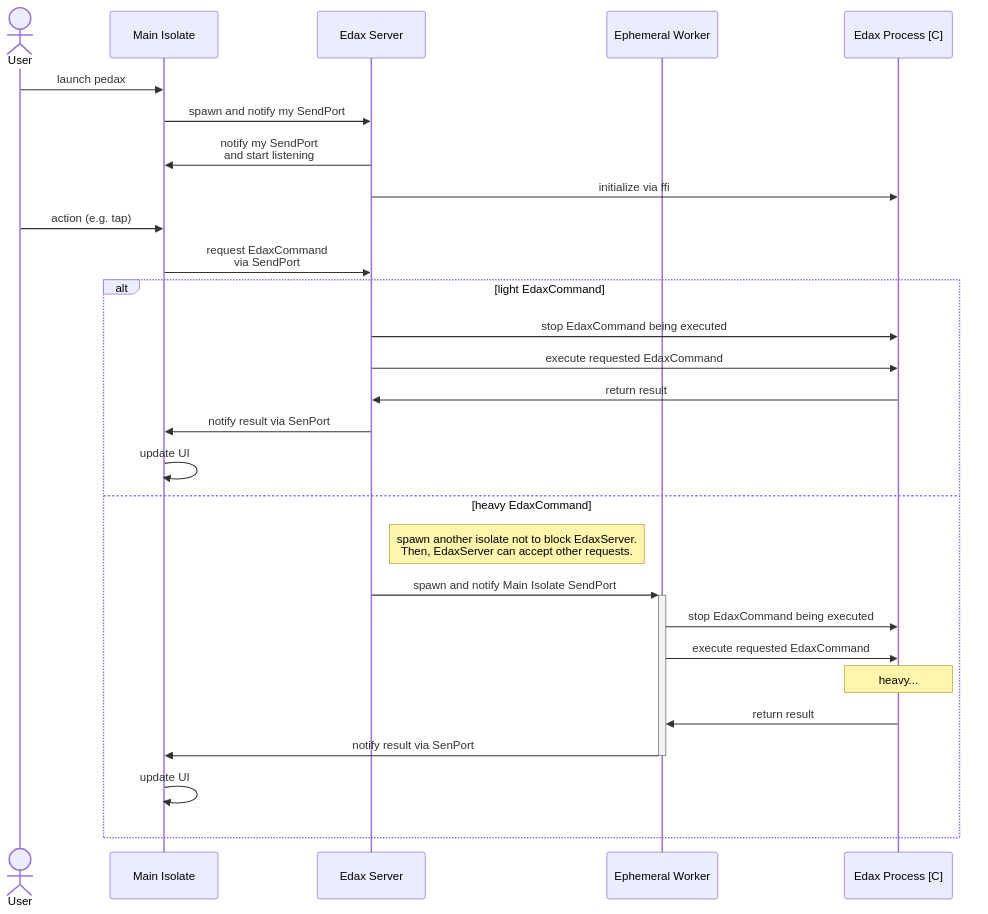
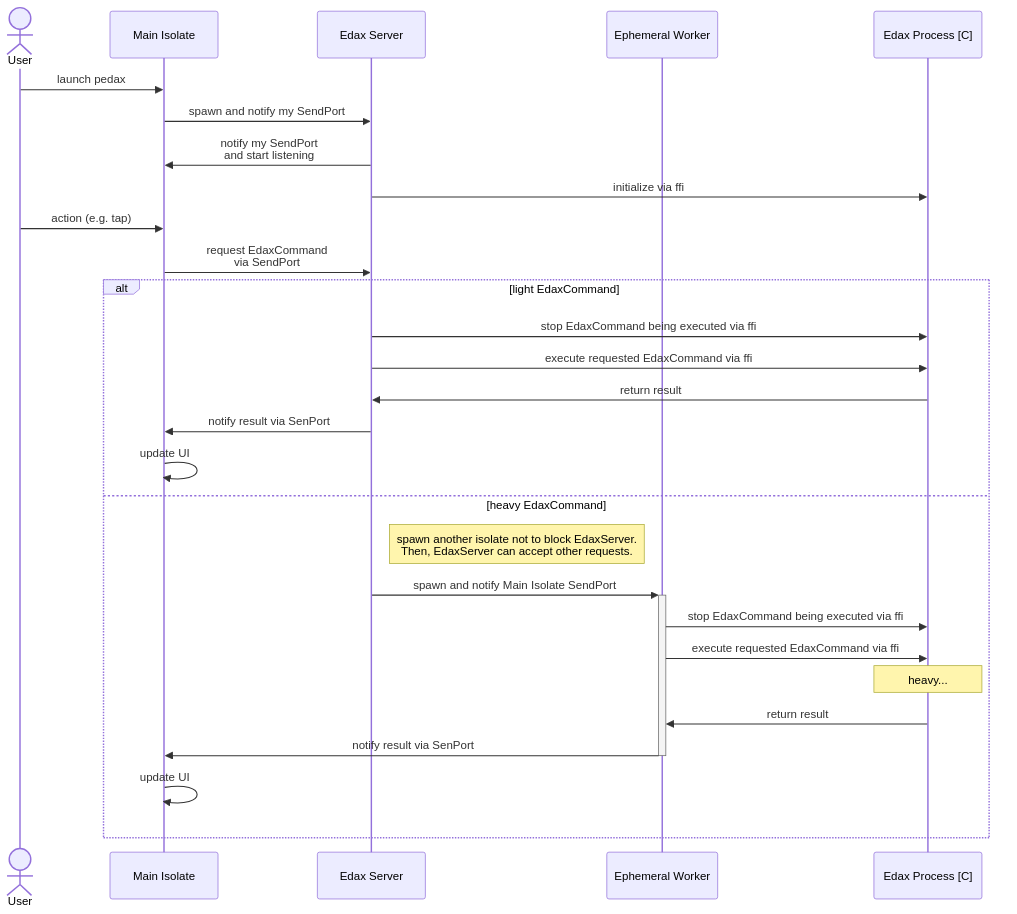
One commit to sensuikan1973/pedax changed the diagram in README.md. Above: the diagram before and after it, drawn with Mermaid.

````diff
--- a/README.md
+++ b/README.md
@@ -56,40 +56,40 @@
 ```mermaid
 %% https://mermaid-js.github.io/mermaid/#/sequenceDiagram
 sequenceDiagram
   actor User
   participant MainIsolate as Main Isolate
   participant EdaxServer as Edax Server
   participant EphemeralWorker as Ephemeral Worker
   participant EdaxProcess as Edax Process [C]
 
   link EdaxServer: source @ https://github.com/sensuikan1973/pedax/tree/main/lib/engine
   link EdaxServer: caller @ https://github.com/sensuikan1973/pedax/blob/main/lib/models/board_notifier.dart
   link EphemeralWorker: source @ https://github.com/sensuikan1973/pedax/tree/main/lib/engine
   link EdaxProcess: binding source (Dart) @ https://github.com/sensuikan1973/libedax4dart
   link EdaxProcess: origin source(C) @ https://github.com/sensuikan1973/edax-reversi/tree/libedax_sensuikan1973
 
   User ->> MainIsolate: launch pedax
   MainIsolate ->> EdaxServer: spawn and notify my SendPort
   EdaxServer ->> MainIsolate: notify my SendPort<br/>and start listening
   EdaxServer ->> EdaxProcess: initialize via ffi
 
   User ->> MainIsolate: action (e.g. tap)
   MainIsolate ->> EdaxServer: request EdaxCommand<br/>via SendPort
 
   alt light EdaxCommand
-    EdaxServer ->> EdaxProcess: stop EdaxCommand being executed
-    EdaxServer ->> EdaxProcess: execute requested EdaxCommand
+    EdaxServer ->> EdaxProcess: stop EdaxCommand being executed via ffi
+    EdaxServer ->> EdaxProcess: execute requested EdaxCommand via ffi
     EdaxProcess ->> EdaxServer: return result
     EdaxServer ->> MainIsolate: notify result via SenPort
     MainIsolate ->> MainIsolate: update UI
   else heavy EdaxCommand
     note right of EdaxServer: spawn another isolate not to block EdaxServer.<br>Then, EdaxServer can accept other requests.
     EdaxServer ->>+ EphemeralWorker: spawn and notify Main Isolate SendPort
-    EphemeralWorker ->> EdaxProcess: stop EdaxCommand being executed
-    EphemeralWorker ->> EdaxProcess: execute requested EdaxCommand
+    EphemeralWorker ->> EdaxProcess: stop EdaxCommand being executed via ffi
+    EphemeralWorker ->> EdaxProcess: execute requested EdaxCommand via ffi
     note over EdaxProcess: heavy...
     EdaxProcess ->> EphemeralWorker: return result
     EphemeralWorker ->>- MainIsolate: notify result via SenPort
     MainIsolate ->> MainIsolate: update UI
   end
 ```
````
